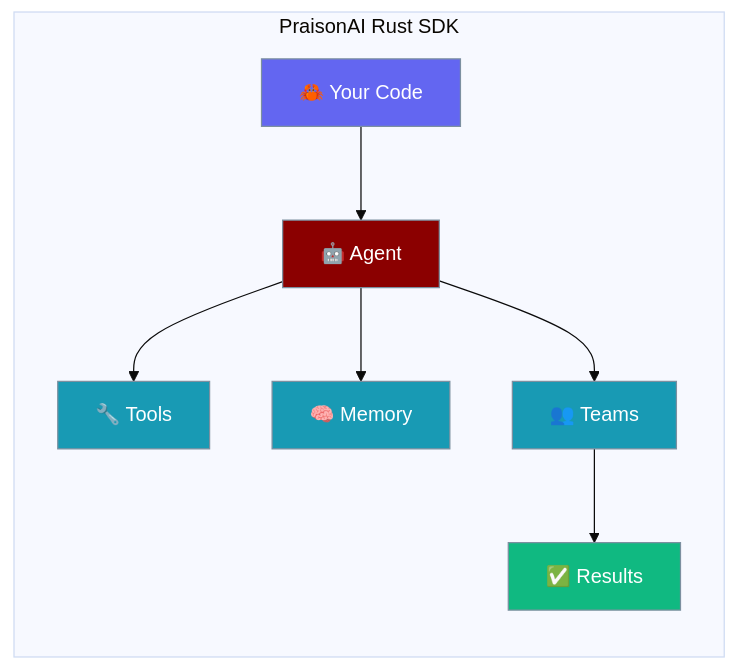
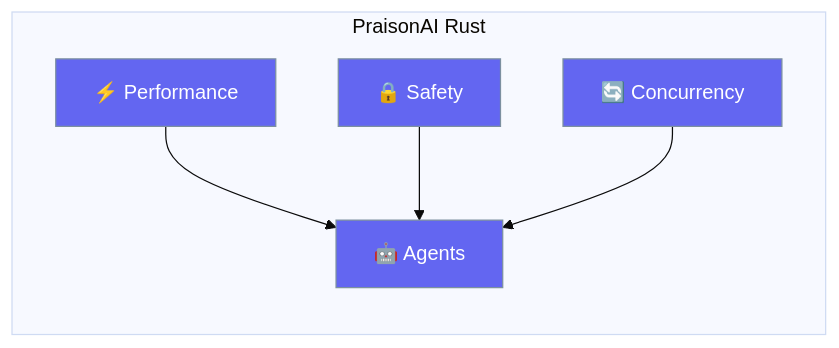
One commit to MervinPraison/PraisonAIDocs changed the diagram in docs/rust/rust.mdx. Above: the diagram before and after it, drawn with Mermaid (base theme). The commit also changed other lines of this file and 87 other files, not shown here.

````diff
--- a/docs/rust/rust.mdx
+++ b/docs/rust/rust.mdx
@@ -10,20 +10,11 @@
 ```mermaid
 graph LR
-    subgraph "PraisonAI Rust SDK"
-        A[🦀 Your Code] --> B[🤖 Agent]
-        B --> C[🔧 Tools]
-        B --> D[🧠 Memory]
-        B --> E[👥 Teams]
-        E --> F[✅ Results]
+    subgraph "PraisonAI Rust"
+        P[⚡ Performance] --> A[🤖 Agents]
+        S[🔒 Safety] --> A
+        C[🔄 Concurrency] --> A
     end
     
-    classDef code fill:#6366F1,stroke:#7C90A0,color:#fff
-    classDef agent fill:#8B0000,stroke:#7C90A0,color:#fff
-    classDef feature fill:#189AB4,stroke:#7C90A0,color:#fff
-    classDef result fill:#10B981,stroke:#7C90A0,color:#fff
-    
-    class A code
-    class B agent
-    class C,D,E feature
-    class F result
+    classDef feature fill:#6366F1,stroke:#7C90A0,color:#fff
+    class P,S,C,A feature
 ```
````
